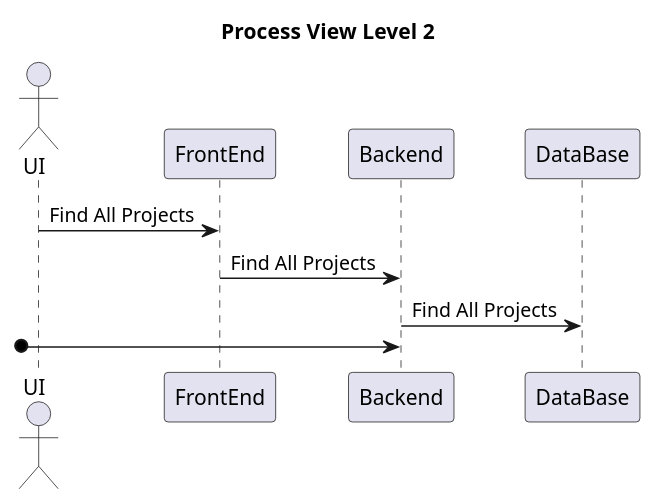
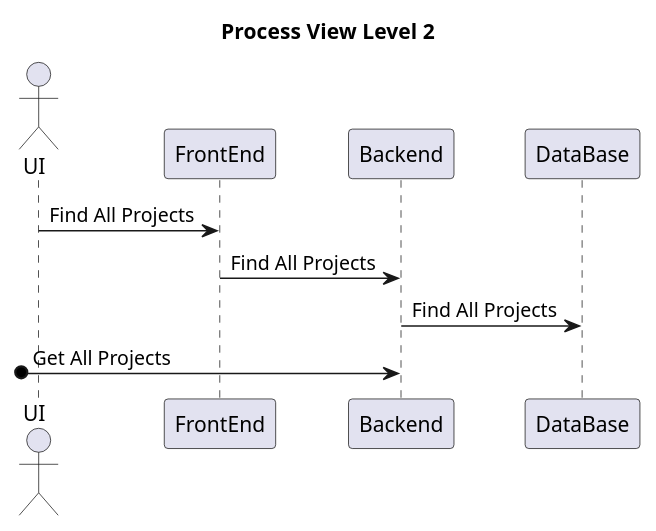
One commit to nunogon1211787/projectManagement changed the diagram in docs/Views/Level 2/VPN2.puml. Above: the diagram before and after it, drawn with PlantUML. The commit also changed 7 other files, not shown here.

```diff
--- a/docs/Views/Level 2/VPN2.puml
+++ b/docs/Views/Level 2/VPN2.puml
@@ -1,20 +1,21 @@
 @startuml
 
 'autonumber
 
 title Process View Level 2
 
 actor " UI " as ui
 participant "FrontEnd" as fe
 participant "Backend" as be
 participant "DataBase" as db
 
 
 ui -> fe: Find All Projects
 fe -> be: Find All Projects
 be -> db: Find All Projects
-[o-> be:
+'request from G5 group
+[o-> be: Get All Projects
 
 
 
 @enduml
```
